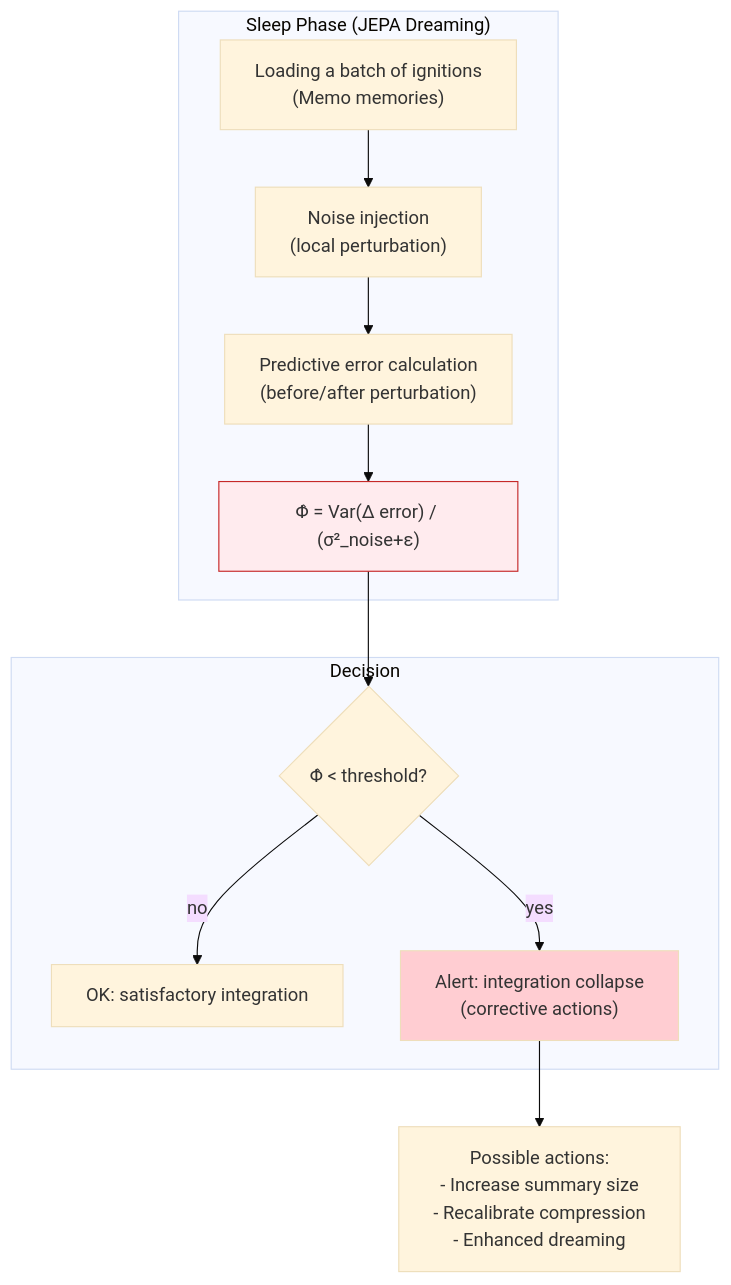
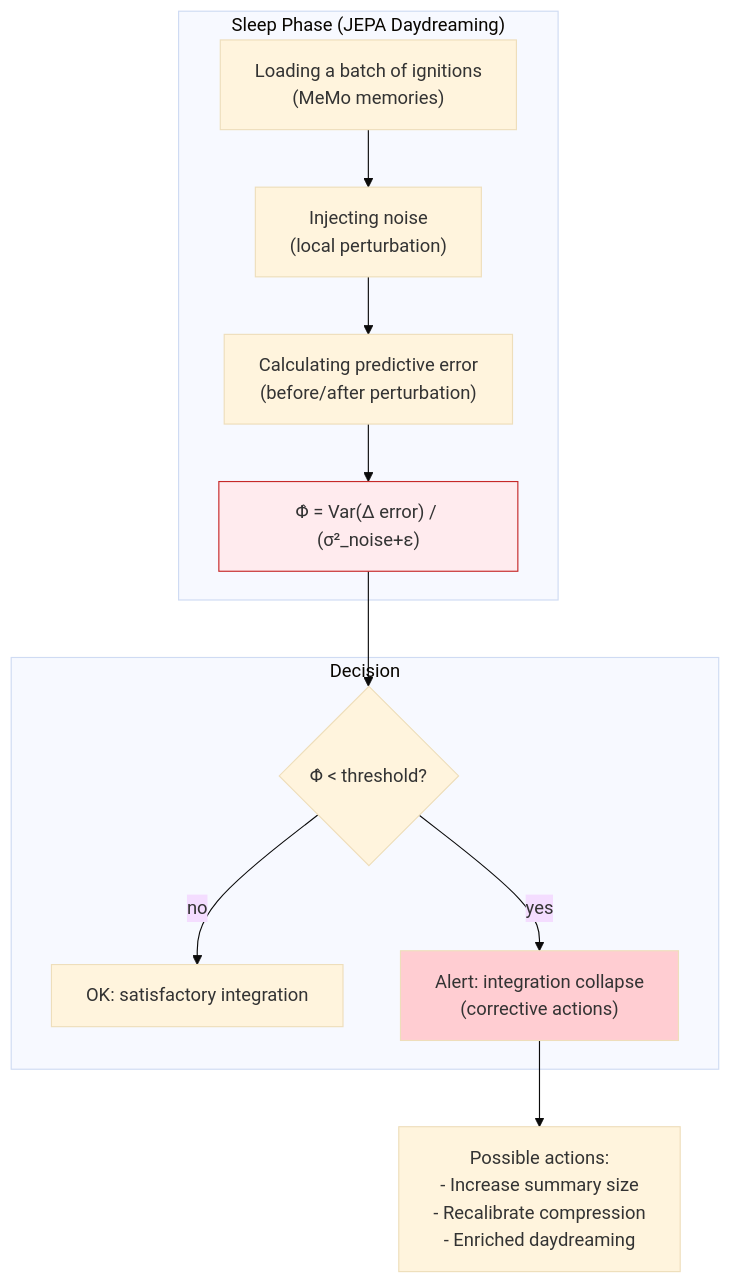
One commit to AlainCo/GNWT-Garrigue-X-en changed the sixth of 6 diagrams in concepts/concepts.md. Above: the diagram before and after it, drawn with Mermaid (base theme). The commit also changed other lines of this file and 21 other files, not shown here.

````diff
--- a/concepts/concepts.md
+++ b/concepts/concepts.md
@@ -643,24 +614,24 @@
 ```mermaid
 flowchart TD
-    subgraph Sleep ["Sleep Phase (JEPA Dreaming)"]
-        A["Loading a batch of ignitions\n(Memo memories)"]
-        B["Noise injection\n(local perturbation)"]
-        C["Predictive error calculation\n(before/after perturbation)"]
+    subgraph Sleep ["Sleep Phase (JEPA Daydreaming)"]
+        A["Loading a batch of ignitions\n(MeMo memories)"]
+        B["Injecting noise\n(local perturbation)"]
+        C["Calculating predictive error\n(before/after perturbation)"]
         D["Φ̂ = Var(Δ error) / (σ²_noise+ε)"]
     end
 
     subgraph Alert ["Decision"]
         E{Φ̂ < threshold?}
         F["OK: satisfactory integration"]
         G["Alert: integration collapse\n(corrective actions)"]
     end
 
     A --> B --> C --> D --> E
     E -->|no| F
     E -->|yes| G
 
-    G --> H["Possible actions:\n- Increase summary size\n- Recalibrate compression\n- Enhanced dreaming"]
+    G --> H["Possible actions:\n- Increase summary size\n- Recalibrate compression\n- Enriched daydreaming"]
 
     style D fill:#ffebee,stroke:#c62828
     style G fill:#ffcdd2
 ```
````
